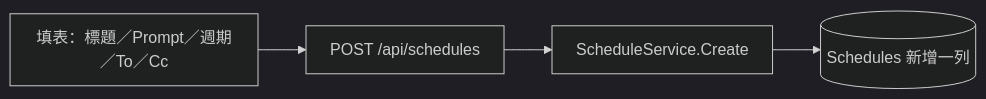
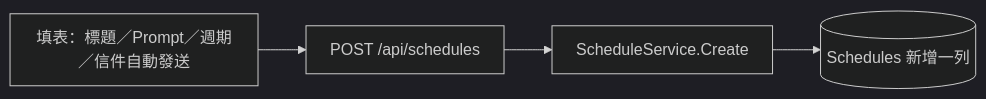
The first of 3 diagrams in docs/schedule-api.md (jellyfish00001/MoAgentChat_Work), drawn with Mermaid (dark theme) before and after one commit. The commit also changed other lines of this file and 26 other files, not shown here.

````diff
--- a/docs/schedule-api.md
+++ b/docs/schedule-api.md
@@ -20,7 +20,7 @@
 ```mermaid
 %%{init: {"flowchart": {"nodeSpacing": 36, "rankSpacing": 48, "padding": 12, "useMaxWidth": true}}}%%
 flowchart LR
-  A[填表：標題／Prompt／週期／To／Cc] --> B["POST /api/schedules"]
+  A[填表：標題／Prompt／週期／信件自動發送] --> B["POST /api/schedules"]
   B --> C[ScheduleService.Create]
   C --> D[(Schedules 新增一列)]
 ```
````
